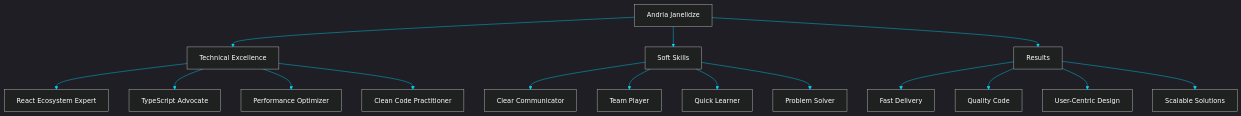
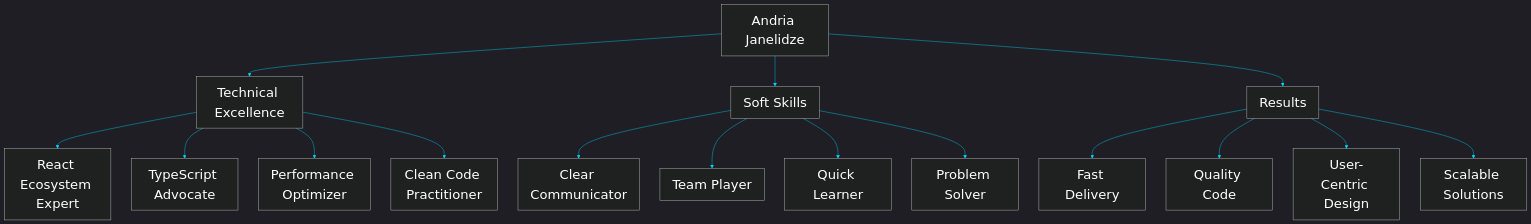
Before and after one commit to DAEL64/DAEL64: the diagram in README.md, drawn with Mermaid.

````diff
--- a/README.md
+++ b/README.md
@@ -156,22 +156,22 @@
 ```mermaid
-%%{init: {'theme':'dark', 'themeVariables': { 'primaryColor':'#00d9ff', 'primaryTextColor':'#ffffff', 'primaryBorderColor':'#00d9ff', 'lineColor':'#00d9ff', 'secondaryColor':'#1a1e2e', 'tertiaryColor':'#0d1117', 'textColor':'#ffffff', 'fontSize':'16px'}}}%%
+%%{init: {'theme':'dark', 'themeVariables': { 'primaryColor':'#00d9ff', 'primaryTextColor':'#ffffff', 'primaryBorderColor':'#00d9ff', 'lineColor':'#00d9ff', 'secondaryColor':'#1a1e2e', 'tertiaryColor':'#0d1117', 'textColor':'#ffffff', 'fontSize':'32px'}}}%%
 graph TD
     A[Andria Janelidze] --> B[Technical Excellence]
     A --> C[Soft Skills]
     A --> D[Results]
     
     B --> B1[React Ecosystem Expert]
     B --> B2[TypeScript Advocate]
     B --> B3[Performance Optimizer]
     B --> B4[Clean Code Practitioner]
     
     C --> C1[Clear Communicator]
     C --> C2[Team Player]
     C --> C3[Quick Learner]
     C --> C4[Problem Solver]
     
     D --> D1[Fast Delivery]
     D --> D2[Quality Code]
     D --> D3[User-Centric Design]
     D --> D4[Scalable Solutions]
 ```
````
